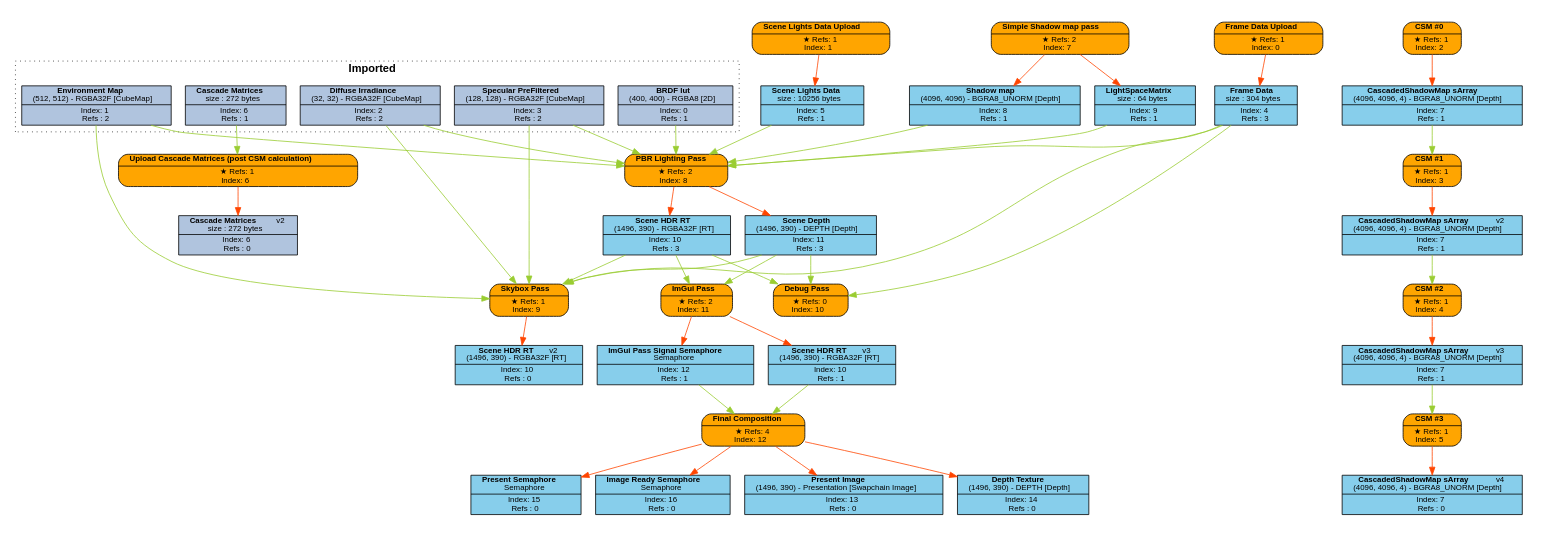
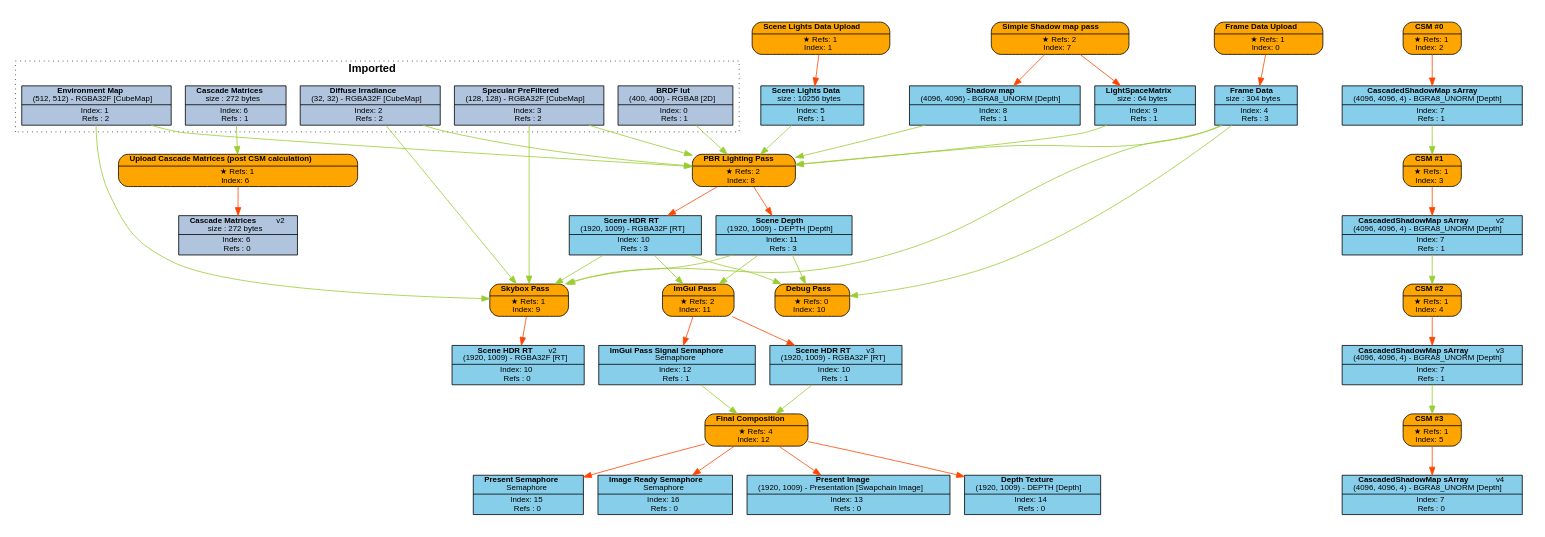
The diagram in Engine/content/FrameGraphs/forward_lighting_test.dot (Pikachuxxxx/Razix), drawn with Graphviz before and after one commit. The commit also changed 8 other files, not shown here.

```diff
--- a/Engine/content/FrameGraphs/forward_lighting_test.dot
+++ b/Engine/content/FrameGraphs/forward_lighting_test.dot
@@ -1,126 +1,126 @@
 digraph FrameGraph {
 graph [style=invis, rankdir="TB" ordering=out, splines=spline]
 node [shape=record, fontname="helvetica", fontsize=10, margin="0.2,0.03"]
 
 P0 [label=<{ {<B>Frame Data Upload</B>} | {&#x2605; Refs: 1<BR/> Index: 0} }> style="rounded,filled", fillcolor=orange]
 P1 [label=<{ {<B>Scene Lights Data Upload</B>} | {&#x2605; Refs: 1<BR/> Index: 1} }> style="rounded,filled", fillcolor=orange]
 P2 [label=<{ {<B>CSM #0</B>} | {&#x2605; Refs: 1<BR/> Index: 2} }> style="rounded,filled", fillcolor=orange]
 P3 [label=<{ {<B>CSM #1</B>} | {&#x2605; Refs: 1<BR/> Index: 3} }> style="rounded,filled", fillcolor=orange]
 P4 [label=<{ {<B>CSM #2</B>} | {&#x2605; Refs: 1<BR/> Index: 4} }> style="rounded,filled", fillcolor=orange]
 P5 [label=<{ {<B>CSM #3</B>} | {&#x2605; Refs: 1<BR/> Index: 5} }> style="rounded,filled", fillcolor=orange]
 P6 [label=<{ {<B>Upload Cascade Matrices (post CSM calculation)</B>} | {&#x2605; Refs: 1<BR/> Index: 6} }> style="rounded,filled", fillcolor=orange]
 P7 [label=<{ {<B>Simple Shadow map pass</B>} | {&#x2605; Refs: 2<BR/> Index: 7} }> style="rounded,filled", fillcolor=orange]
 P8 [label=<{ {<B>PBR Lighting Pass</B>} | {&#x2605; Refs: 2<BR/> Index: 8} }> style="rounded,filled", fillcolor=orange]
 P9 [label=<{ {<B>Skybox Pass</B>} | {&#x2605; Refs: 1<BR/> Index: 9} }> style="rounded,filled", fillcolor=orange]
 P10 [label=<{ {<B>Debug Pass</B>} | {&#x2605; Refs: 0<BR/> Index: 10} }> style="rounded,filled", fillcolor=orange]
 P11 [label=<{ {<B>ImGui Pass</B>} | {&#x2605; Refs: 2<BR/> Index: 11} }> style="rounded,filled", fillcolor=orange]
 P12 [label=<{ {<B>Final Composition</B>} | {&#x2605; Refs: 4<BR/> Index: 12} }> style="rounded,filled", fillcolor=orange]
 
 R0_1 [label=<{ {<B>BRDF lut</B><BR/>(400, 400) - RGBA8 [2D]} | {Index: 0<BR/>Refs : 1} }> style=filled, fillcolor=lightsteelblue]
 R1_1 [label=<{ {<B>Environment Map</B><BR/>(512, 512) - RGBA32F [CubeMap]} | {Index: 1<BR/>Refs : 2} }> style=filled, fillcolor=lightsteelblue]
 R2_1 [label=<{ {<B>Diffuse Irradiance</B><BR/>(32, 32) - RGBA32F [CubeMap]} | {Index: 2<BR/>Refs : 2} }> style=filled, fillcolor=lightsteelblue]
 R3_1 [label=<{ {<B>Specular PreFiltered</B><BR/>(128, 128) - RGBA32F [CubeMap]} | {Index: 3<BR/>Refs : 2} }> style=filled, fillcolor=lightsteelblue]
 R4_1 [label=<{ {<B>Frame Data</B><BR/>size : 304 bytes} | {Index: 4<BR/>Refs : 3} }> style=filled, fillcolor=skyblue]
 R5_1 [label=<{ {<B>Scene Lights Data</B><BR/>size : 10256 bytes} | {Index: 5<BR/>Refs : 1} }> style=filled, fillcolor=skyblue]
 R6_1 [label=<{ {<B>Cascade Matrices</B><BR/>size : 272 bytes} | {Index: 6<BR/>Refs : 1} }> style=filled, fillcolor=lightsteelblue]
 R7_1 [label=<{ {<B>CascadedShadowMap sArray</B><BR/>(4096, 4096, 4) - BGRA8_UNORM [Depth]} | {Index: 7<BR/>Refs : 1} }> style=filled, fillcolor=skyblue]
 R7_2 [label=<{ {<B>CascadedShadowMap sArray</B>   <FONT>v2</FONT><BR/>(4096, 4096, 4) - BGRA8_UNORM [Depth]} | {Index: 7<BR/>Refs : 1} }> style=filled, fillcolor=skyblue]
 R7_3 [label=<{ {<B>CascadedShadowMap sArray</B>   <FONT>v3</FONT><BR/>(4096, 4096, 4) - BGRA8_UNORM [Depth]} | {Index: 7<BR/>Refs : 1} }> style=filled, fillcolor=skyblue]
 R7_4 [label=<{ {<B>CascadedShadowMap sArray</B>   <FONT>v4</FONT><BR/>(4096, 4096, 4) - BGRA8_UNORM [Depth]} | {Index: 7<BR/>Refs : 0} }> style=filled, fillcolor=skyblue]
 R6_2 [label=<{ {<B>Cascade Matrices</B>   <FONT>v2</FONT><BR/>size : 272 bytes} | {Index: 6<BR/>Refs : 0} }> style=filled, fillcolor=lightsteelblue]
 R8_1 [label=<{ {<B>Shadow map</B><BR/>(4096, 4096) - BGRA8_UNORM [Depth]} | {Index: 8<BR/>Refs : 1} }> style=filled, fillcolor=skyblue]
 R9_1 [label=<{ {<B>LightSpaceMatrix</B><BR/>size : 64 bytes} | {Index: 9<BR/>Refs : 1} }> style=filled, fillcolor=skyblue]
-R10_1 [label=<{ {<B>Scene HDR RT</B><BR/>(1496, 390) - RGBA32F [RT]} | {Index: 10<BR/>Refs : 3} }> style=filled, fillcolor=skyblue]
-R11_1 [label=<{ {<B>Scene Depth</B><BR/>(1496, 390) - DEPTH [Depth]} | {Index: 11<BR/>Refs : 3} }> style=filled, fillcolor=skyblue]
-R10_2 [label=<{ {<B>Scene HDR RT</B>   <FONT>v2</FONT><BR/>(1496, 390) - RGBA32F [RT]} | {Index: 10<BR/>Refs : 0} }> style=filled, fillcolor=skyblue]
+R10_1 [label=<{ {<B>Scene HDR RT</B><BR/>(1920, 1009) - RGBA32F [RT]} | {Index: 10<BR/>Refs : 3} }> style=filled, fillcolor=skyblue]
+R11_1 [label=<{ {<B>Scene Depth</B><BR/>(1920, 1009) - DEPTH [Depth]} | {Index: 11<BR/>Refs : 3} }> style=filled, fillcolor=skyblue]
+R10_2 [label=<{ {<B>Scene HDR RT</B>   <FONT>v2</FONT><BR/>(1920, 1009) - RGBA32F [RT]} | {Index: 10<BR/>Refs : 0} }> style=filled, fillcolor=skyblue]
 R12_1 [label=<{ {<B>ImGui Pass Signal Semaphore</B><BR/>Semaphore} | {Index: 12<BR/>Refs : 1} }> style=filled, fillcolor=skyblue]
-R10_3 [label=<{ {<B>Scene HDR RT</B>   <FONT>v3</FONT><BR/>(1496, 390) - RGBA32F [RT]} | {Index: 10<BR/>Refs : 1} }> style=filled, fillcolor=skyblue]
-R13_1 [label=<{ {<B>Present Image</B><BR/>(1496, 390) - Presentation [Swapchain Image]} | {Index: 13<BR/>Refs : 0} }> style=filled, fillcolor=skyblue]
-R14_1 [label=<{ {<B>Depth Texture</B><BR/>(1496, 390) - DEPTH [Depth]} | {Index: 14<BR/>Refs : 0} }> style=filled, fillcolor=skyblue]
+R10_3 [label=<{ {<B>Scene HDR RT</B>   <FONT>v3</FONT><BR/>(1920, 1009) - RGBA32F [RT]} | {Index: 10<BR/>Refs : 1} }> style=filled, fillcolor=skyblue]
+R13_1 [label=<{ {<B>Present Image</B><BR/>(1920, 1009) - Presentation [Swapchain Image]} | {Index: 13<BR/>Refs : 0} }> style=filled, fillcolor=skyblue]
+R14_1 [label=<{ {<B>Depth Texture</B><BR/>(1920, 1009) - DEPTH [Depth]} | {Index: 14<BR/>Refs : 0} }> style=filled, fillcolor=skyblue]
 R15_1 [label=<{ {<B>Present Semaphore</B><BR/>Semaphore} | {Index: 15<BR/>Refs : 0} }> style=filled, fillcolor=skyblue]
 R16_1 [label=<{ {<B>Image Ready Semaphore</B><BR/>Semaphore} | {Index: 16<BR/>Refs : 0} }> style=filled, fillcolor=skyblue]
 
 P0 -> { R4_1 } [color=orangered]
 P1 -> { R5_1 } [color=orangered]
 P2 -> { R7_1 } [color=orangered]
 P3 -> { R7_2 } [color=orangered]
 P4 -> { R7_3 } [color=orangered]
 P5 -> { R7_4 } [color=orangered]
 P6 -> { R6_2 } [color=orangered]
 P7 -> { R8_1 R9_1 } [color=orangered]
 P8 -> { R10_1 R11_1 } [color=orangered]
 P9 -> { R10_2 } [color=orangered]
 P10 -> { } [color=orangered]
 P11 -> { R10_3 R12_1 } [color=orangered]
 P12 -> { R13_1 R14_1 R15_1 R16_1 } [color=orangered]
 
 R0_1 -> { P8 } [color=olivedrab3]
 R1_1 -> { P8 P9 } [color=olivedrab3]
 R2_1 -> { P8 P9 } [color=olivedrab3]
 R3_1 -> { P8 P9 } [color=olivedrab3]
 R4_1 -> { P8 P9 P10 } [color=olivedrab3]
 R5_1 -> { P8 } [color=olivedrab3]
 R6_1 -> { P6 } [color=olivedrab3]
 R7_1 -> { P3 } [color=olivedrab3]
 R7_2 -> { P4 } [color=olivedrab3]
 R7_3 -> { P5 } [color=olivedrab3]
 R7_4 -> { } [color=olivedrab3]
 R6_2 -> { } [color=olivedrab3]
 R8_1 -> { P8 } [color=olivedrab3]
 R9_1 -> { P8 } [color=olivedrab3]
 R10_1 -> { P9 P10 P11 } [color=olivedrab3]
 R11_1 -> { P9 P10 P11 } [color=olivedrab3]
 R10_2 -> { } [color=olivedrab3]
 R12_1 -> { P12 } [color=olivedrab3]
 R10_3 -> { P12 } [color=olivedrab3]
 R13_1 -> { } [color=olivedrab3]
 R14_1 -> { } [color=olivedrab3]
 R15_1 -> { } [color=olivedrab3]
 R16_1 -> { } [color=olivedrab3]
 
 subgraph cluster_0 {
 P0 R4_1 
 }
 subgraph cluster_1 {
 P1 R5_1 
 }
 subgraph cluster_2 {
 P2 R7_1 
 }
 subgraph cluster_3 {
 P3 
 }
 subgraph cluster_4 {
 P4 
 }
 subgraph cluster_5 {
 P5 
 }
 subgraph cluster_6 {
 P6 
 }
 subgraph cluster_7 {
 P7 R8_1 R9_1 
 }
 subgraph cluster_8 {
 P8 R10_1 R11_1 
 }
 subgraph cluster_9 {
 P9 
 }
 subgraph cluster_10 {
 P10 
 }
 subgraph cluster_11 {
 P11 R12_1 
 }
 subgraph cluster_12 {
 P12 R13_1 R14_1 R15_1 R16_1 
 }
 
 subgraph cluster_imported_resources {
 graph [style=dotted, fontname="helvetica", label=< <B>Imported</B> >]
 R0_1 R1_1 R2_1 R3_1 R6_1 
 }
 
 }
```
